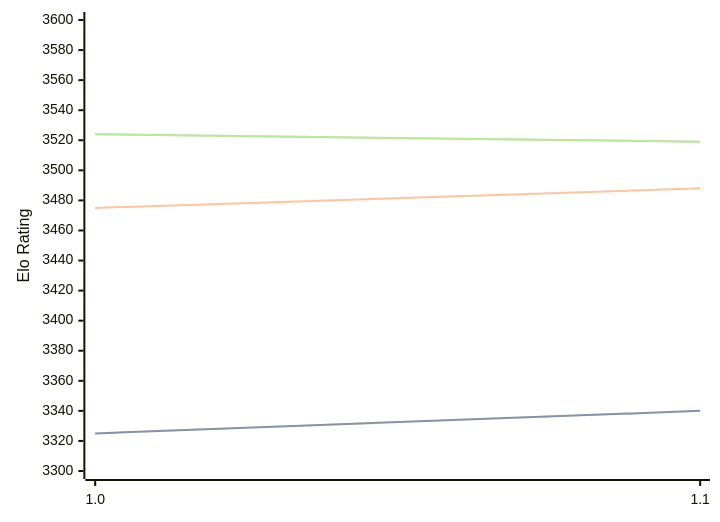
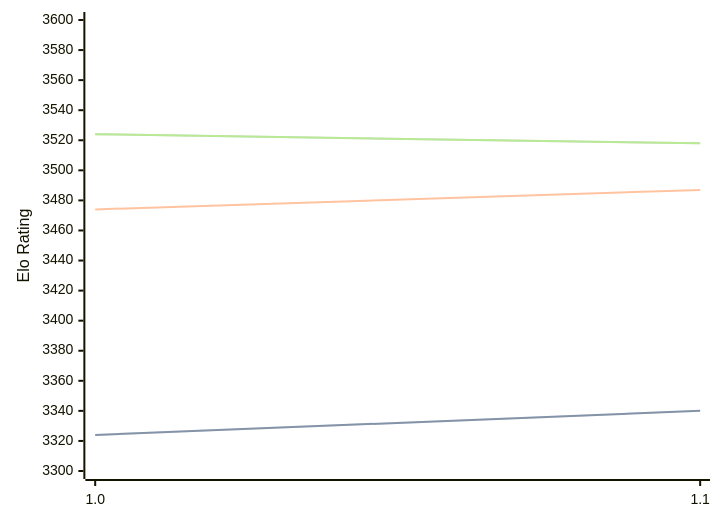
One commit to computer-chess-index/cci changed the diagram in engines/Horsie.md. Above: the diagram before and after it, drawn with Mermaid. The commit also changed other lines of this file, not shown here.

Commit message:
Update CCI Ratings (ELO VLTC) - 2026-08-04

````diff
--- a/engines/Horsie.md
+++ b/engines/Horsie.md
@@ -32,11 +32,11 @@
 ```mermaid
 %%{init: {"theme":"base","themeVariables":{"seriesColors:['#a3a3a3','#222221','#faa371']}}}%%
 xychart-beta
   x-axis ["1.0", "1.1"]
   y-axis "Elo Rating" 3300 --> 3600
-  line "STC (8.0+0.08s)" [3325, 3340]
-  line "STC (8.0+0.08s)" [3325, 3340]
-  line "LTC (60.0+0.60s)" [3475, 3488]
-  line "VLTC (2m24s+1.12s)" [3524, 3519]
-  line "VLTC (2m24s+1.12s)" [3524, 3519]
+  line "STC (8.0+0.08s)" [3324, 3340]
+  line "STC (8.0+0.08s)" [3324, 3340]
+  line "LTC (60.0+0.60s)" [3474, 3487]
+  line "VLTC (2m24s+1.12s)" [3524, 3518]
+  line "VLTC (2m24s+1.12s)" [3524, 3518]
 ```
````
